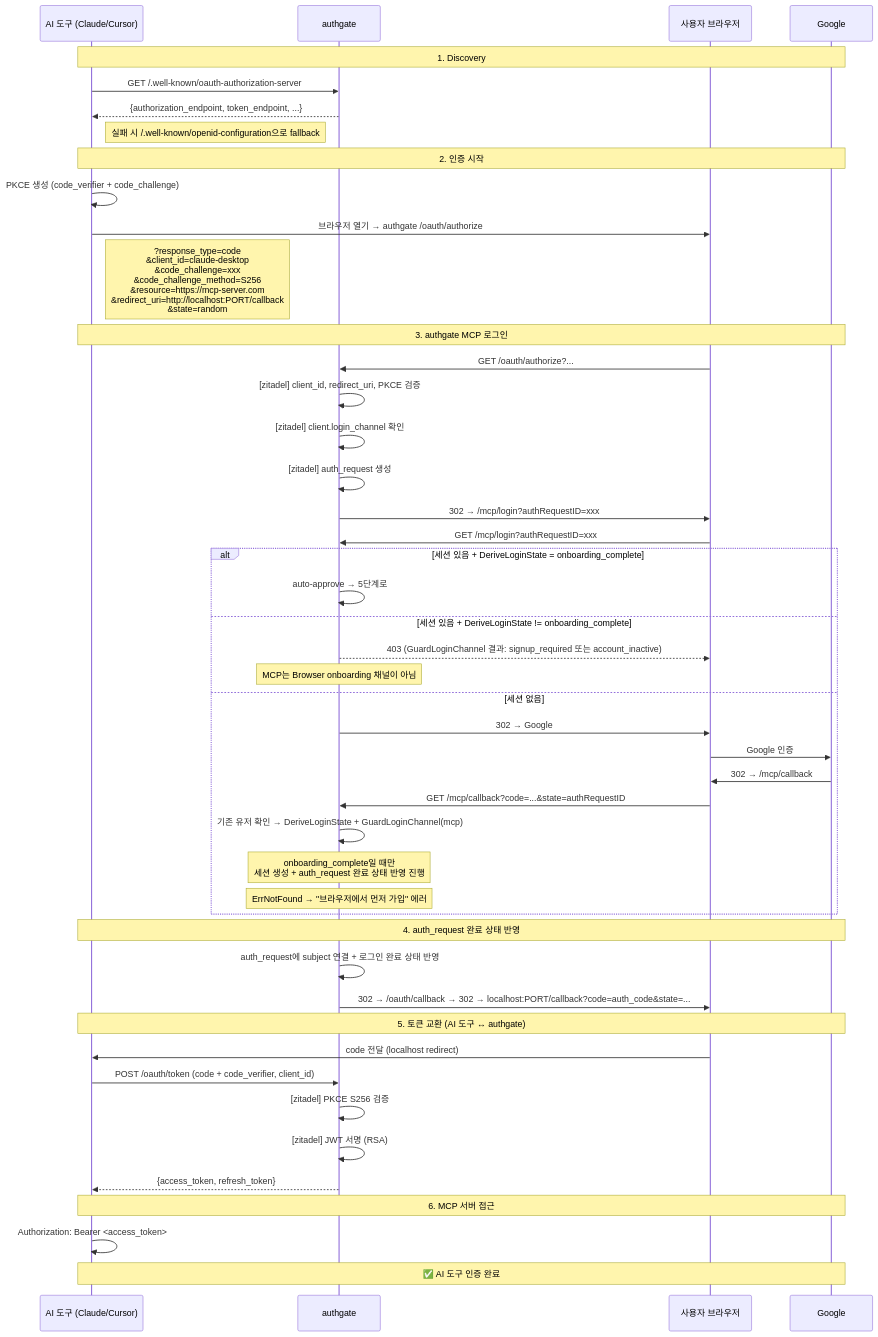
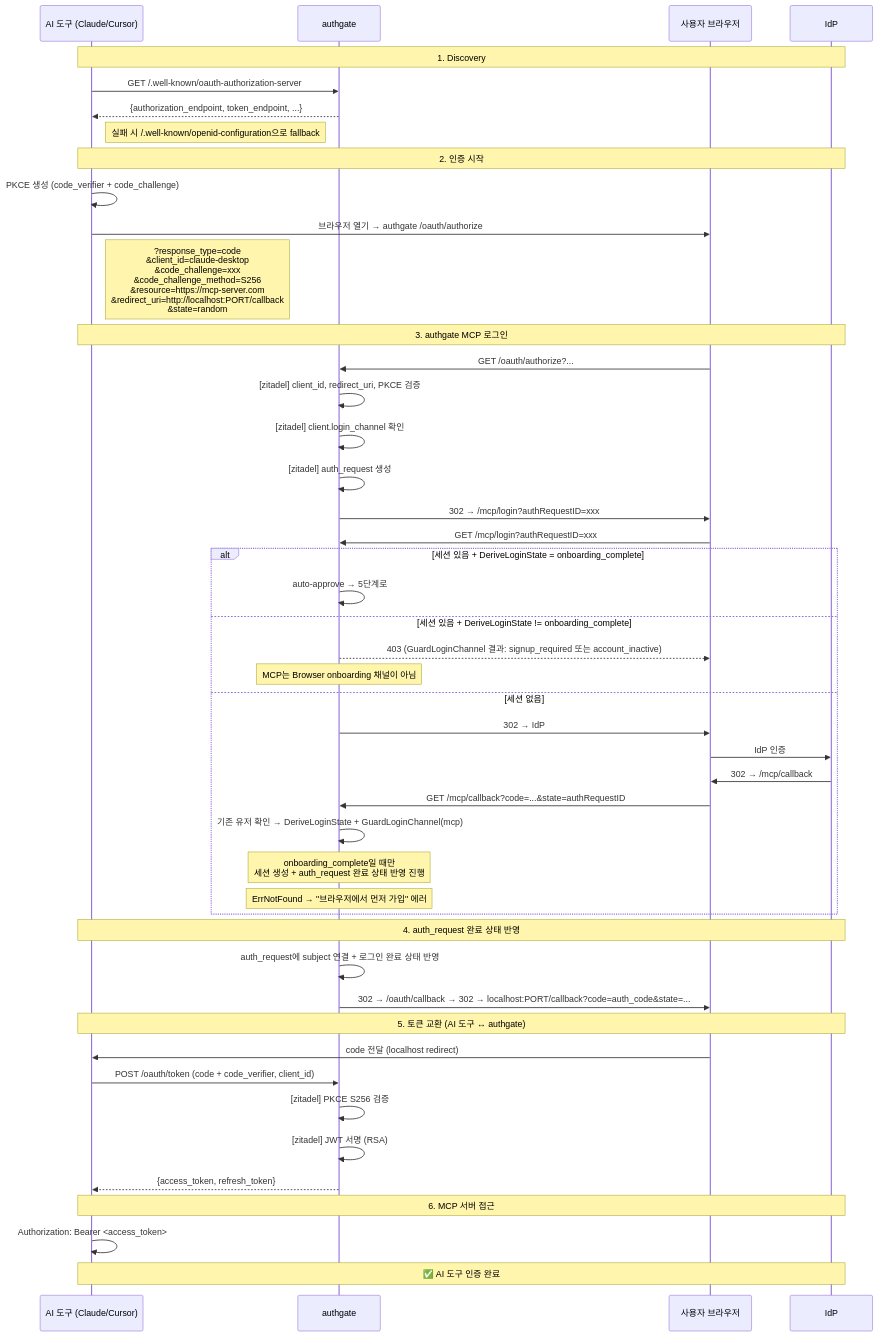
The diagram in docs/spec/004-mcp-login.md (cagojeiger/authgate), drawn with Mermaid before and after one commit. The commit also changed other lines of this file and 12 other files, not shown here.

````diff
--- a/docs/spec/004-mcp-login.md
+++ b/docs/spec/004-mcp-login.md
@@ -78,55 +78,55 @@
 ```mermaid
 sequenceDiagram
     participant AI as AI 도구 (Claude/Cursor)
     participant AG as authgate
     participant U as 사용자 브라우저
-    participant G as Google
+    participant G as IdP
 
     Note over AI,G: 1. Discovery
     AI->>AG: GET /.well-known/oauth-authorization-server
     AG-->>AI: {authorization_endpoint, token_endpoint, ...}
     Note right of AI: 실패 시 /.well-known/openid-configuration으로 fallback
 
     Note over AI,G: 2. 인증 시작
     AI->>AI: PKCE 생성 (code_verifier + code_challenge)
     AI->>U: 브라우저 열기 → authgate /oauth/authorize
     Note right of AI: ?response_type=code<br/>&client_id=claude-desktop<br/>&code_challenge=xxx<br/>&code_challenge_method=S256<br/>&resource=https://mcp-server.com<br/>&redirect_uri=http://localhost:PORT/callback<br/>&state=random
 
     Note over AI,G: 3. authgate MCP 로그인
     U->>AG: GET /oauth/authorize?...
     AG->>AG: [zitadel] client_id, redirect_uri, PKCE 검증
     AG->>AG: [zitadel] client.login_channel 확인
     AG->>AG: [zitadel] auth_request 생성
     AG->>U: 302 → /mcp/login?authRequestID=xxx
 
     U->>AG: GET /mcp/login?authRequestID=xxx
     alt 세션 있음 + DeriveLoginState = onboarding_complete
         AG->>AG: auto-approve → 5단계로
     else 세션 있음 + DeriveLoginState != onboarding_complete
         AG-->>U: 403 (GuardLoginChannel 결과: signup_required 또는 account_inactive)
         Note over AG: MCP는 Browser onboarding 채널이 아님
     else 세션 없음
-        AG->>U: 302 → Google
-        U->>G: Google 인증
+        AG->>U: 302 → IdP
+        U->>G: IdP 인증
         G->>U: 302 → /mcp/callback
         U->>AG: GET /mcp/callback?code=...&state=authRequestID
         AG->>AG: 기존 유저 확인 → DeriveLoginState + GuardLoginChannel(mcp)
         Note over AG: onboarding_complete일 때만<br/>세션 생성 + auth_request 완료 상태 반영 진행
         Note over AG: ErrNotFound → "브라우저에서 먼저 가입" 에러
     end
 
     Note over AI,G: 4. auth_request 완료 상태 반영
     AG->>AG: auth_request에 subject 연결 + 로그인 완료 상태 반영
     AG->>U: 302 → /oauth/callback → 302 → localhost:PORT/callback?code=auth_code&state=...
 
     Note over AI,G: 5. 토큰 교환 (AI 도구 ↔ authgate)
     U->>AI: code 전달 (localhost redirect)
     AI->>AG: POST /oauth/token (code + code_verifier, client_id)
     AG->>AG: [zitadel] PKCE S256 검증
     AG->>AG: [zitadel] JWT 서명 (RSA)
     AG-->>AI: {access_token, refresh_token}
 
     Note over AI,G: 6. MCP 서버 접근
     AI->>AI: Authorization: Bearer <access_token>
     Note over AI,G: ✅ AI 도구 인증 완료
 ```
````
